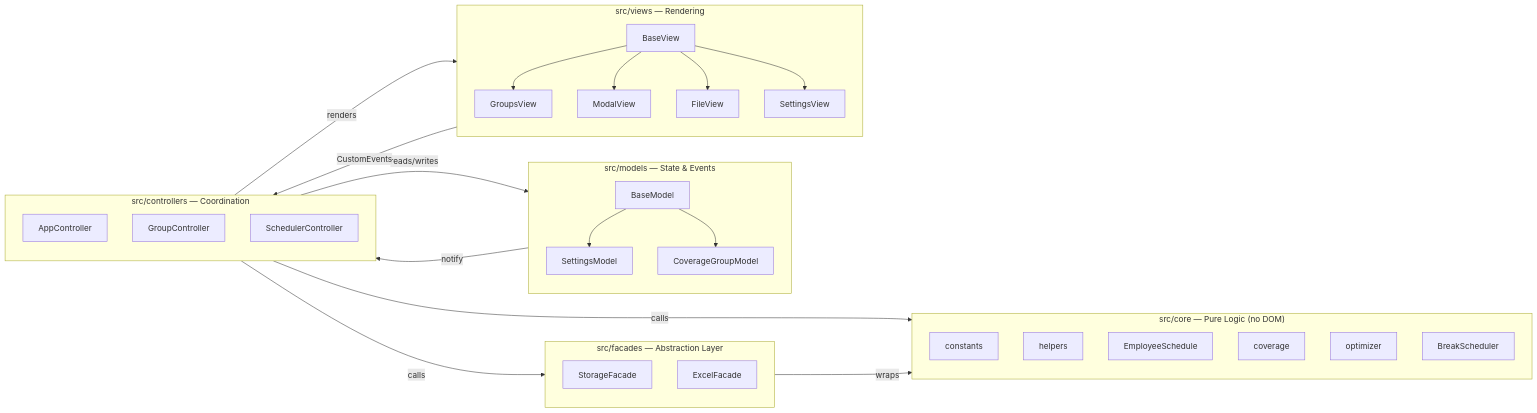
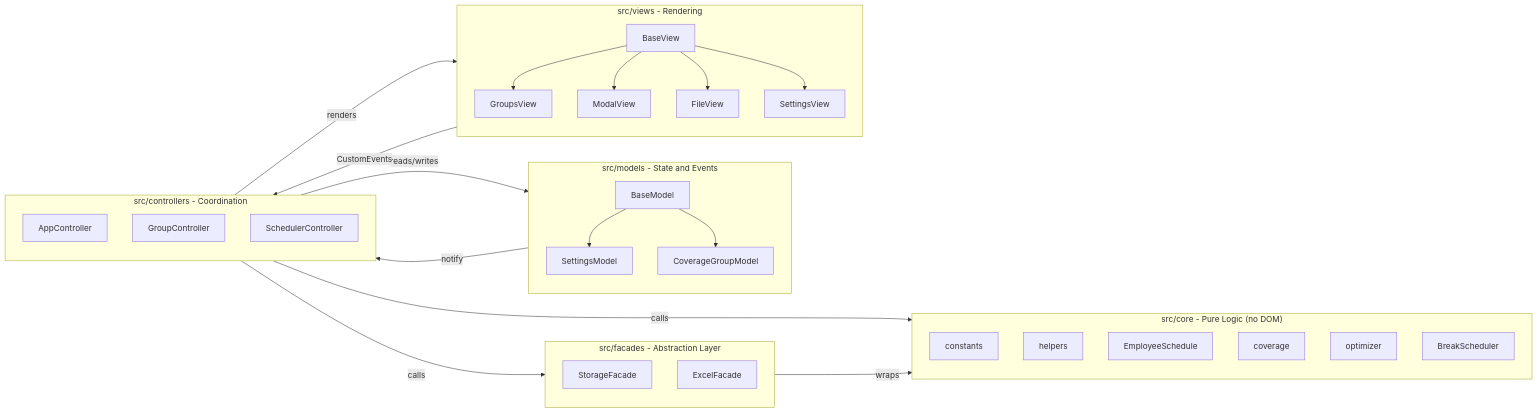
The first of 6 diagrams in README.md (kadencampb/break-schedule-tool), drawn with Mermaid before and after one commit. The commit also changed other lines of this file, not shown here.

````diff
--- a/README.md
+++ b/README.md
@@ -33,42 +36,42 @@
 ```mermaid
 flowchart LR
-    subgraph Core ["src/core — Pure Logic (no DOM)"]
+    subgraph Core ["src/core - Pure Logic (no DOM)"]
         constants
         helpers
         EmployeeSchedule
         coverage
         optimizer
         BreakScheduler
     end
 
-    subgraph Facades ["src/facades — Abstraction Layer"]
+    subgraph Facades ["src/facades - Abstraction Layer"]
         StorageFacade
         ExcelFacade
     end
 
-    subgraph Models ["src/models — State & Events"]
+    subgraph Models ["src/models - State and Events"]
         BaseModel --> SettingsModel
         BaseModel --> CoverageGroupModel
     end
 
-    subgraph Views ["src/views — Rendering"]
+    subgraph Views ["src/views - Rendering"]
         BaseView --> GroupsView
         BaseView --> ModalView
         BaseView --> FileView
         BaseView --> SettingsView
     end
 
-    subgraph Controllers ["src/controllers — Coordination"]
+    subgraph Controllers ["src/controllers - Coordination"]
         AppController
         GroupController
         SchedulerController
     end
 
     Controllers -->|reads/writes| Models
     Controllers -->|calls| Facades
     Controllers -->|calls| Core
     Models -->|notify| Controllers
     Controllers -->|renders| Views
     Views -->|CustomEvents| Controllers
     Facades -->|wraps| Core
 ```
````
